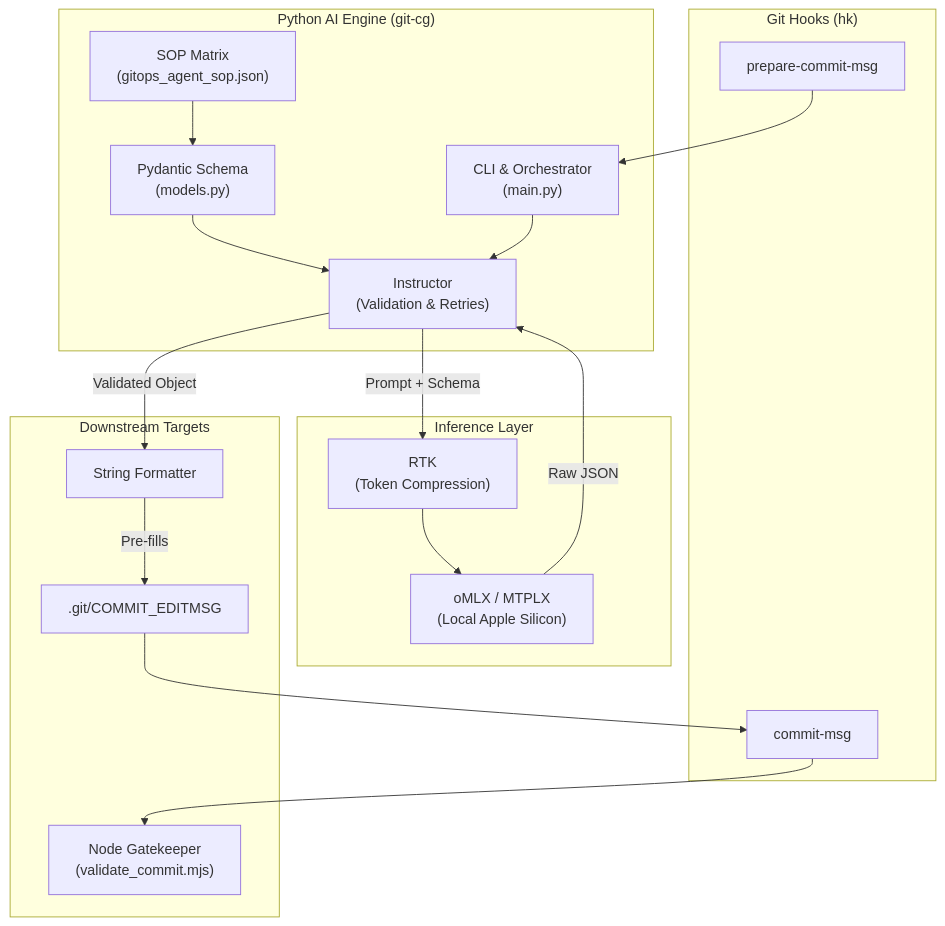
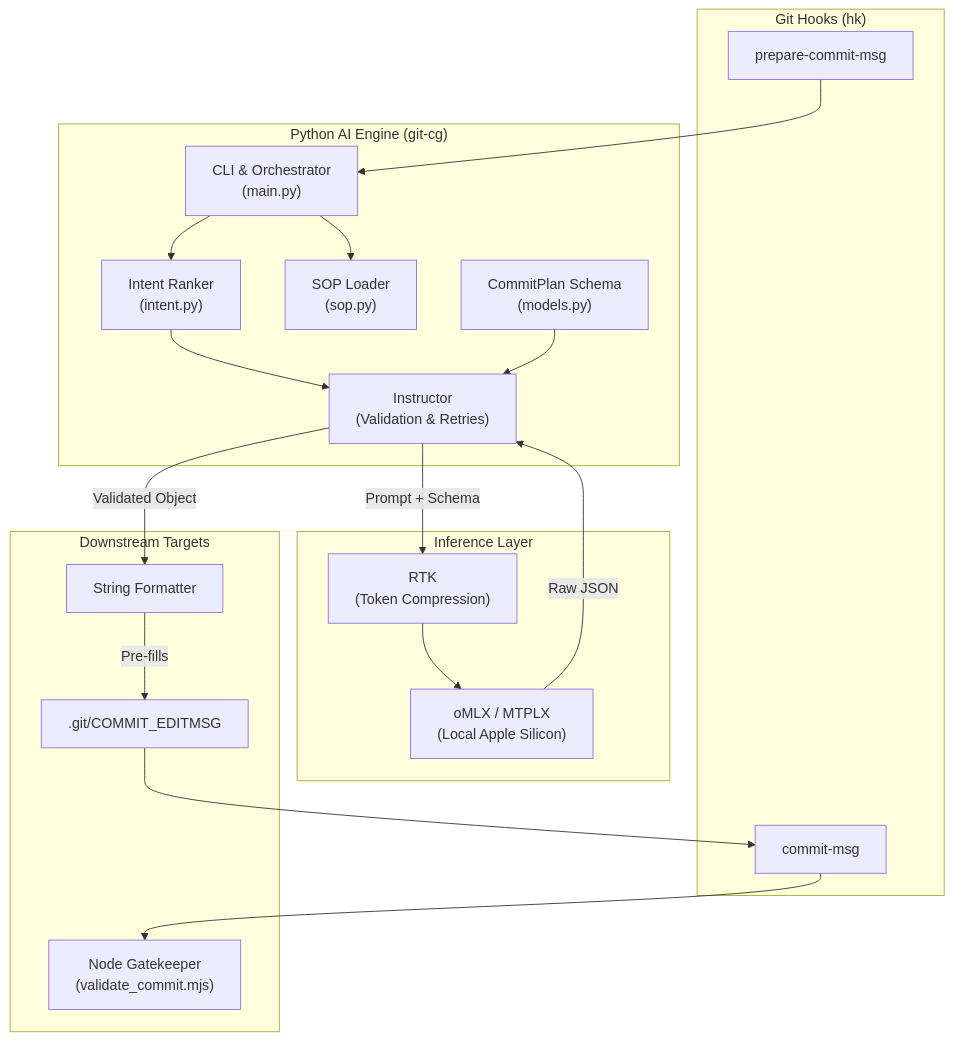
Before and after one commit to Thomo1318/gitCommitGenerator: the diagram in README.md, drawn with Mermaid. The commit also changed other lines of this file, not shown here.

First line of the commit message:
📝 docs(readme): update README with new architecture and features

````diff
--- a/README.md
+++ b/README.md
@@ -42,35 +44,37 @@
 ```mermaid
 flowchart TD
     subgraph Git ["Git Hooks (hk)"]
         PrepareHook["prepare-commit-msg"]
         CommitMsgHook["commit-msg"]
     end
 
     subgraph Intelligence ["Python AI Engine (git-cg)"]
         Main["CLI & Orchestrator<br/>(main.py)"]
-        Pydantic["Pydantic Schema<br/>(models.py)"]
-        SOP["SOP Matrix<br/>(gitops_agent_sop.json)"]
+        Ranker["Intent Ranker<br/>(intent.py)"]
+        SOPLoader["SOP Loader<br/>(sop.py)"]
+        Pydantic["CommitPlan Schema<br/>(models.py)"]
         Instructor["Instructor<br/>(Validation & Retries)"]
 
         PrepareHook --> Main
-        SOP --> Pydantic
+        Main --> SOPLoader
+        Main --> Ranker
+        Ranker --> Instructor
         Pydantic --> Instructor
-        Main --> Instructor
     end
 
     subgraph Execution ["Inference Layer"]
         RTK["RTK<br/>(Token Compression)"]
         LLM["oMLX / MTPLX<br/>(Local Apple Silicon)"]
 
         Instructor -- "Prompt + Schema" --> RTK
         RTK --> LLM
         LLM -- "Raw JSON" --> Instructor
     end
 
     subgraph Outputs ["Downstream Targets"]
         Instructor -->|Validated Object| Formatter["String Formatter"]
         Formatter -->|Pre-fills| Target[".git/COMMIT_EDITMSG"]
         Target --> CommitMsgHook
         CommitMsgHook --> Gatekeeper["Node Gatekeeper<br/>(validate_commit.mjs)"]
     end
 ```
````
